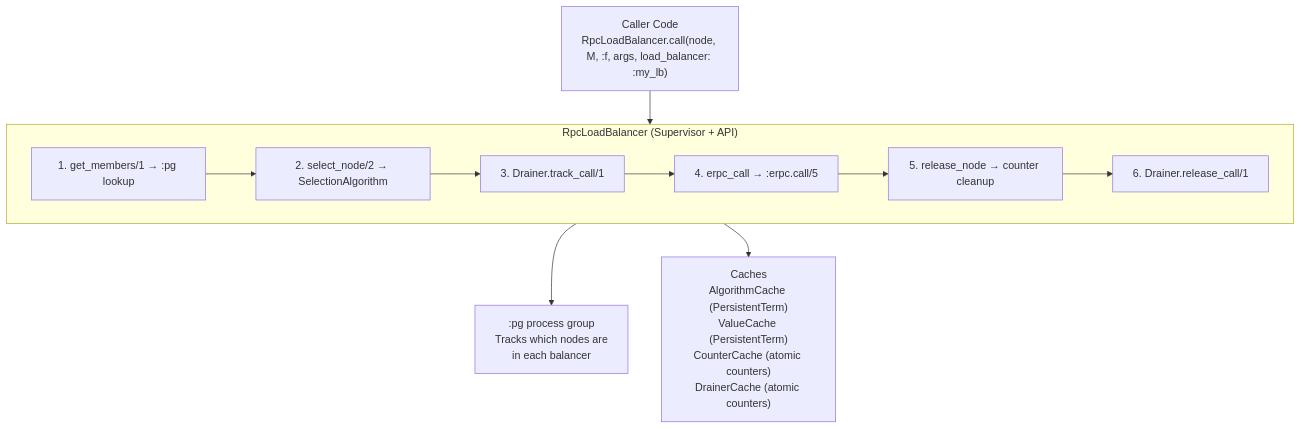
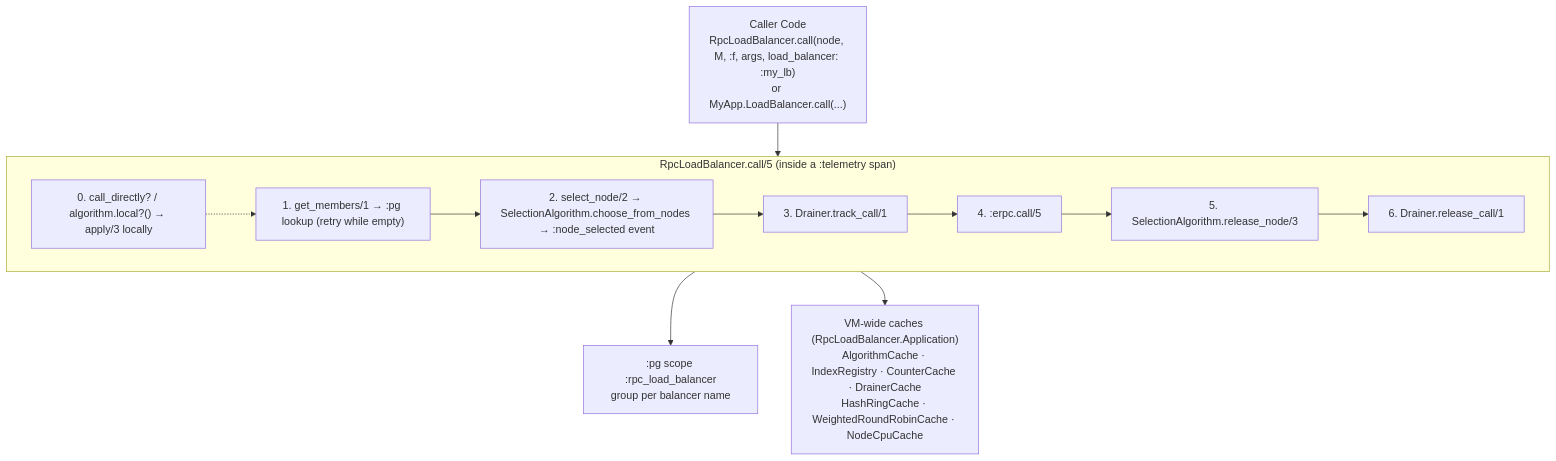
One commit to MikaAK/elixir_rpc_load_balancer changed the first of 3 diagrams in docs/explanation/architecture.md. Above: the diagram before and after it, drawn with Mermaid. The commit also changed other lines of this file and 27 other files, not shown here.

First line of the commit message:
docs: overhaul guides, reference, and architecture for 0.3.x

````diff
--- a/docs/explanation/architecture.md
+++ b/docs/explanation/architecture.md
@@ -17,17 +17,18 @@
 ```mermaid
 flowchart TD
-    A["Caller Code\nRpcLoadBalancer.call(node, M, :f, args, load_balancer: :my_lb)"] --> B
+    A["Caller Code\nRpcLoadBalancer.call(node, M, :f, args, load_balancer: :my_lb)\nor MyApp.LoadBalancer.call(...)"] --> B
 
-    subgraph B["RpcLoadBalancer (Supervisor + API)"]
-        B1["1. get_members/1 → :pg lookup"]
-        B2["2. select_node/2 → SelectionAlgorithm"]
+    subgraph B["RpcLoadBalancer.call/5  (inside a :telemetry span)"]
+        B0["0. call_directly? / algorithm.local?() → apply/3 locally"]
+        B1["1. get_members/1 → :pg lookup (retry while empty)"]
+        B2["2. select_node/2 → SelectionAlgorithm.choose_from_nodes → :node_selected event"]
         B3["3. Drainer.track_call/1"]
-        B4["4. erpc_call → :erpc.call/5"]
-        B5["5. release_node → counter cleanup"]
+        B4["4. :erpc.call/5"]
+        B5["5. SelectionAlgorithm.release_node/3"]
         B6["6. Drainer.release_call/1"]
-        B1 --> B2 --> B3 --> B4 --> B5 --> B6
+        B0 -.-> B1 --> B2 --> B3 --> B4 --> B5 --> B6
     end
 
-    B --> C[":pg process group\nTracks which nodes are\nin each balancer"]
-    B --> D["Caches\nAlgorithmCache (PersistentTerm)\nValueCache (PersistentTerm)\nCounterCache (atomic counters)\nDrainerCache (atomic counters)"]
+    B --> C[":pg scope :rpc_load_balancer\ngroup per balancer name"]
+    B --> D["VM-wide caches (RpcLoadBalancer.Application)\nAlgorithmCache · IndexRegistry · CounterCache · DrainerCache\nHashRingCache · WeightedRoundRobinCache · NodeCpuCache"]
 ```
````
